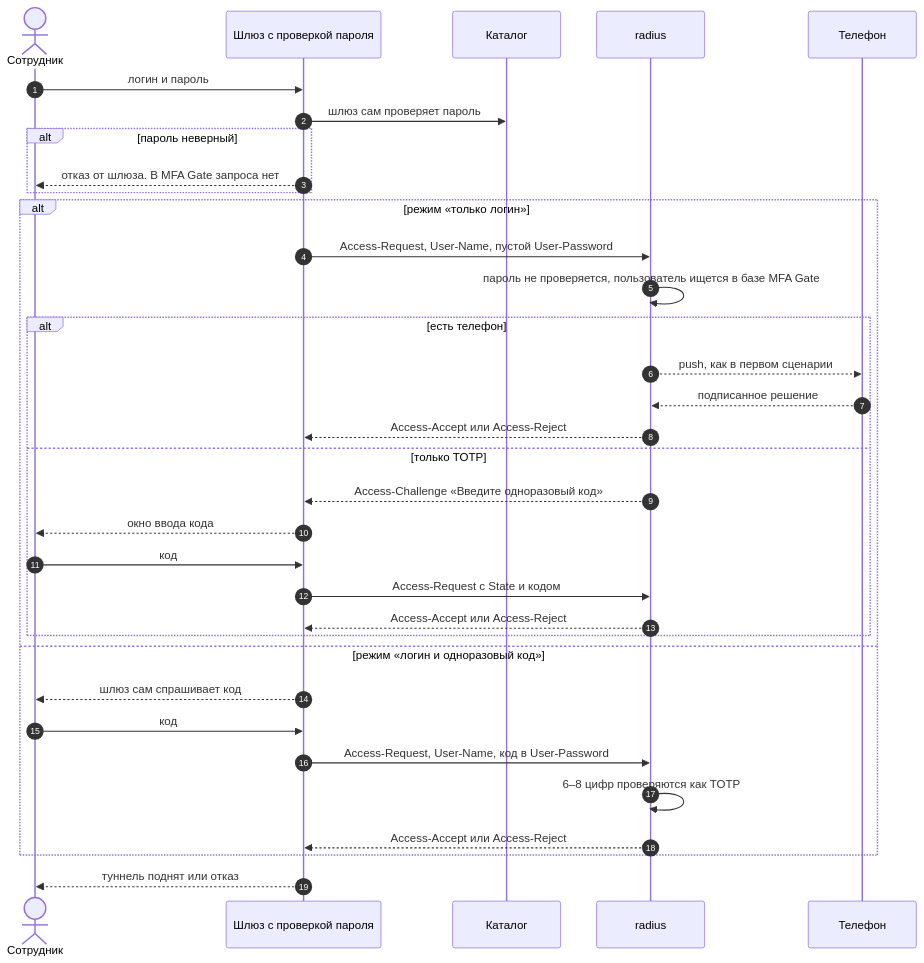
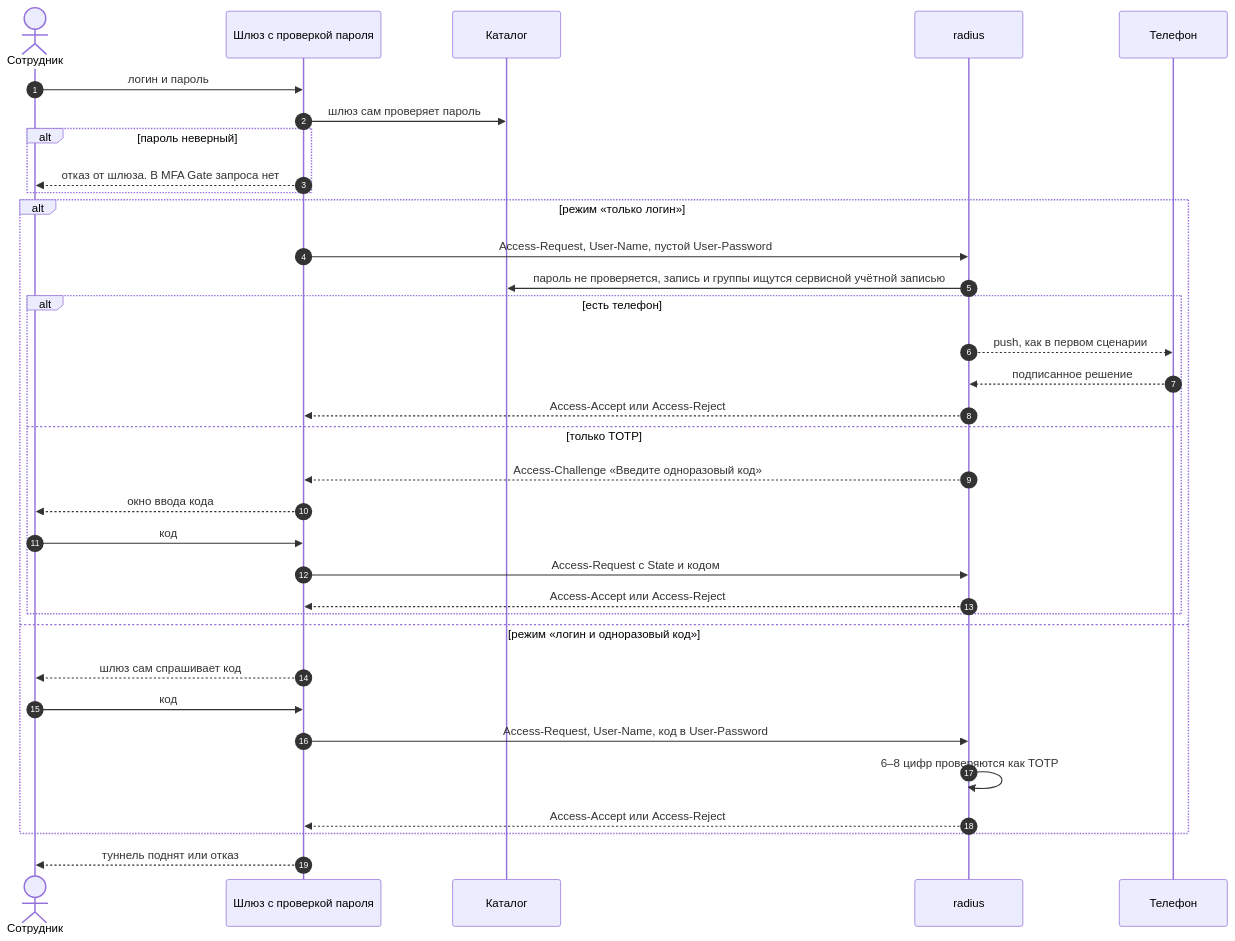
The third of 6 diagrams in wiki/Архитектура-Последовательности-входа.md (calleograph/mfa-gate), drawn with Mermaid before and after one commit. The commit also changed other lines of this file and 87 other files, not shown here.

First line of the commit message:
MFA Gate 0.3.2: безопасность входа без пароля, меньше ручных шагов, порядок в панели

````diff
--- a/wiki/Архитектура-Последовательности-входа.md
+++ b/wiki/Архитектура-Последовательности-входа.md
@@ -110,36 +110,36 @@
 ```mermaid
 sequenceDiagram
   autonumber
   actor U as Сотрудник
   participant GW as Шлюз с проверкой пароля
   participant AD as Каталог
   participant R as radius
   participant PH as Телефон
   U->>GW: логин и пароль
   GW->>AD: шлюз сам проверяет пароль
   alt пароль неверный
     GW-->>U: отказ от шлюза. В MFA Gate запроса нет
   end
   alt режим «только логин»
     GW->>R: Access-Request, User-Name, пустой User-Password
-    R->>R: пароль не проверяется, пользователь ищется в базе MFA Gate
+    R->>AD: пароль не проверяется, запись и группы ищутся сервисной учётной записью
     alt есть телефон
       R-->>PH: push, как в первом сценарии
       PH-->>R: подписанное решение
       R-->>GW: Access-Accept или Access-Reject
     else только TOTP
       R-->>GW: Access-Challenge «Введите одноразовый код»
       GW-->>U: окно ввода кода
       U->>GW: код
       GW->>R: Access-Request с State и кодом
       R-->>GW: Access-Accept или Access-Reject
     end
   else режим «логин и одноразовый код»
     GW-->>U: шлюз сам спрашивает код
     U->>GW: код
     GW->>R: Access-Request, User-Name, код в User-Password
     R->>R: 6–8 цифр проверяются как TOTP
     R-->>GW: Access-Accept или Access-Reject
   end
   GW-->>U: туннель поднят или отказ
 ```
````
